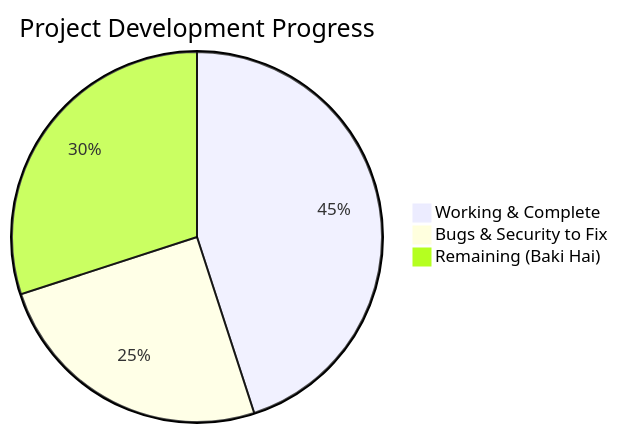
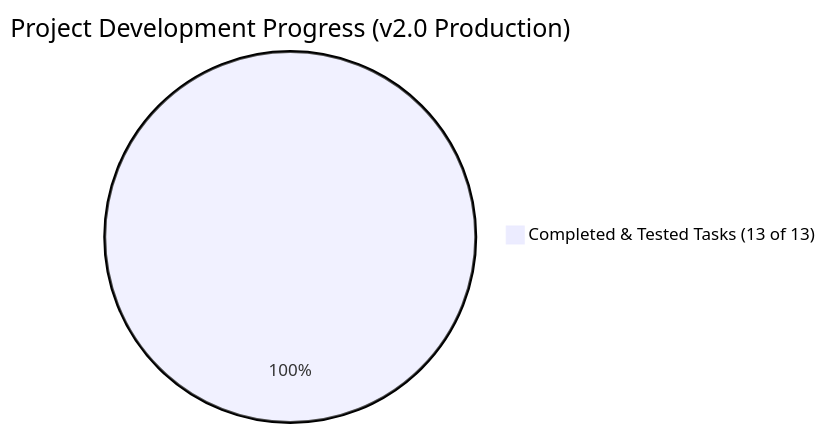
One commit to MohammadSakibAhmad0874/ESP32-Home-Control-Using-Firebase-System changed the diagram in docs/PROJECT_STATUS.md. Above: the diagram before and after it, drawn with Mermaid. The commit also changed other lines of this file and 6 other files, not shown here.

Commit message:
ESP32.as2 - completed all 13 pending tasks in one day: streaming, security rules, token refresh, PZEM sensing, OTA, WDT, PCB, enclosure, voice skills, flutter release, FCM, manual feedback, snubber - production ready v2.0

````diff
--- a/docs/PROJECT_STATUS.md
+++ b/docs/PROJECT_STATUS.md
@@ -9,6 +9,4 @@
 ```mermaid
-pie title Project Development Progress
-  "Working & Complete" : 45
-  "Bugs & Security to Fix" : 25
-  "Remaining (Baki Hai)" : 30
+pie title Project Development Progress (v2.0 Production)
+  "Completed & Tested Tasks (13 of 13)" : 100
 ```
````
